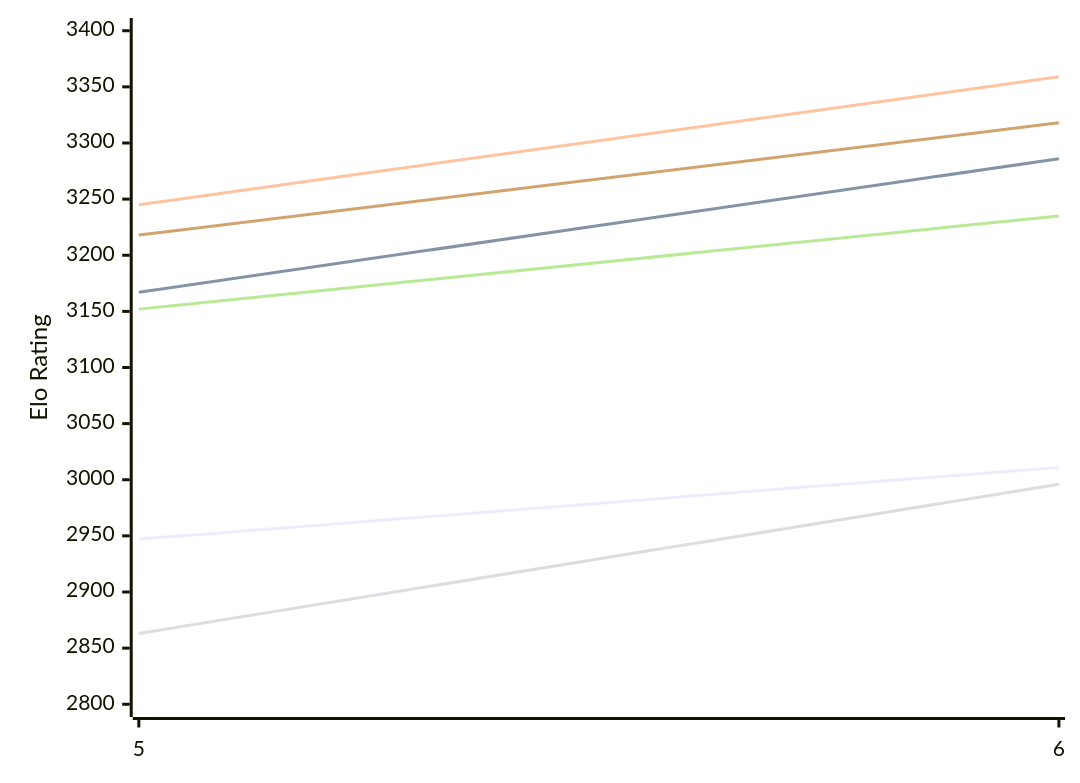
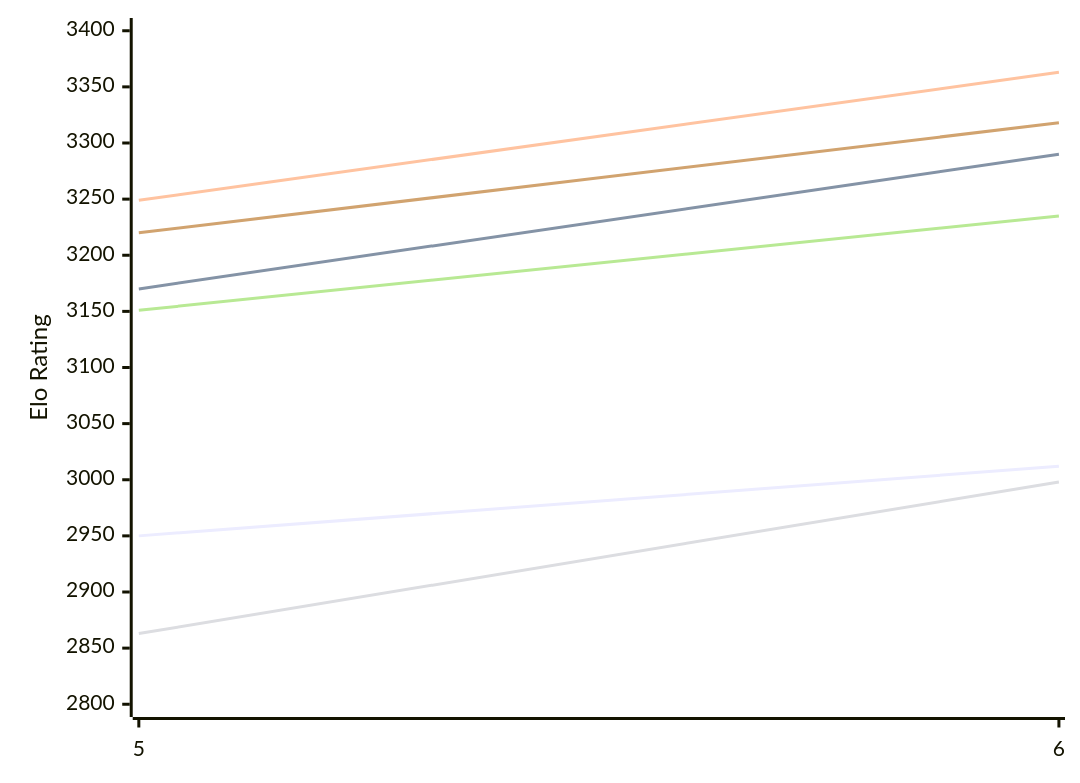
Before and after one commit to computer-chess-index/cci: the first of 2 diagrams in engines/Cwtch.md, drawn with Mermaid. The commit also changed other lines of this file, not shown here.

Commit message:
Update CCI Ratings (ELO VLTC) - 2026-11-22

````diff
--- a/engines/Cwtch.md
+++ b/engines/Cwtch.md
@@ -51,12 +51,12 @@
 ```mermaid
 %%{init: {"theme":"base","themeVariables":{"seriesColors:['#a3a3a3','#222221','#faa371']}}}%%
 xychart-beta
   x-axis ["5", "6"]
   y-axis "Elo Rating" 2800 --> 3400
-  line "E1: STC (8.0+0.08s)" [2947, 3011]
-  line "E1: LTC (60.0+0.60s)" [3167, 3286]
-  line "E1: VLTC (2m24s+1.12s)" [3245, 3359]
-  line "P1: STC (8.0+0.08s)" [2863, 2996]
-  line "P1: LTC (60.0+0.60s)" [3152, 3235]
-  line "P1: VLTC (2m24s+1.12s)" [3218, 3318]
+  line "E1: STC (8.0+0.08s)" [2950, 3012]
+  line "E1: LTC (60.0+0.60s)" [3170, 3290]
+  line "E1: VLTC (2m24s+1.12s)" [3249, 3363]
+  line "P1: STC (8.0+0.08s)" [2863, 2998]
+  line "P1: LTC (60.0+0.60s)" [3151, 3235]
+  line "P1: VLTC (2m24s+1.12s)" [3220, 3318]
 ```
````
